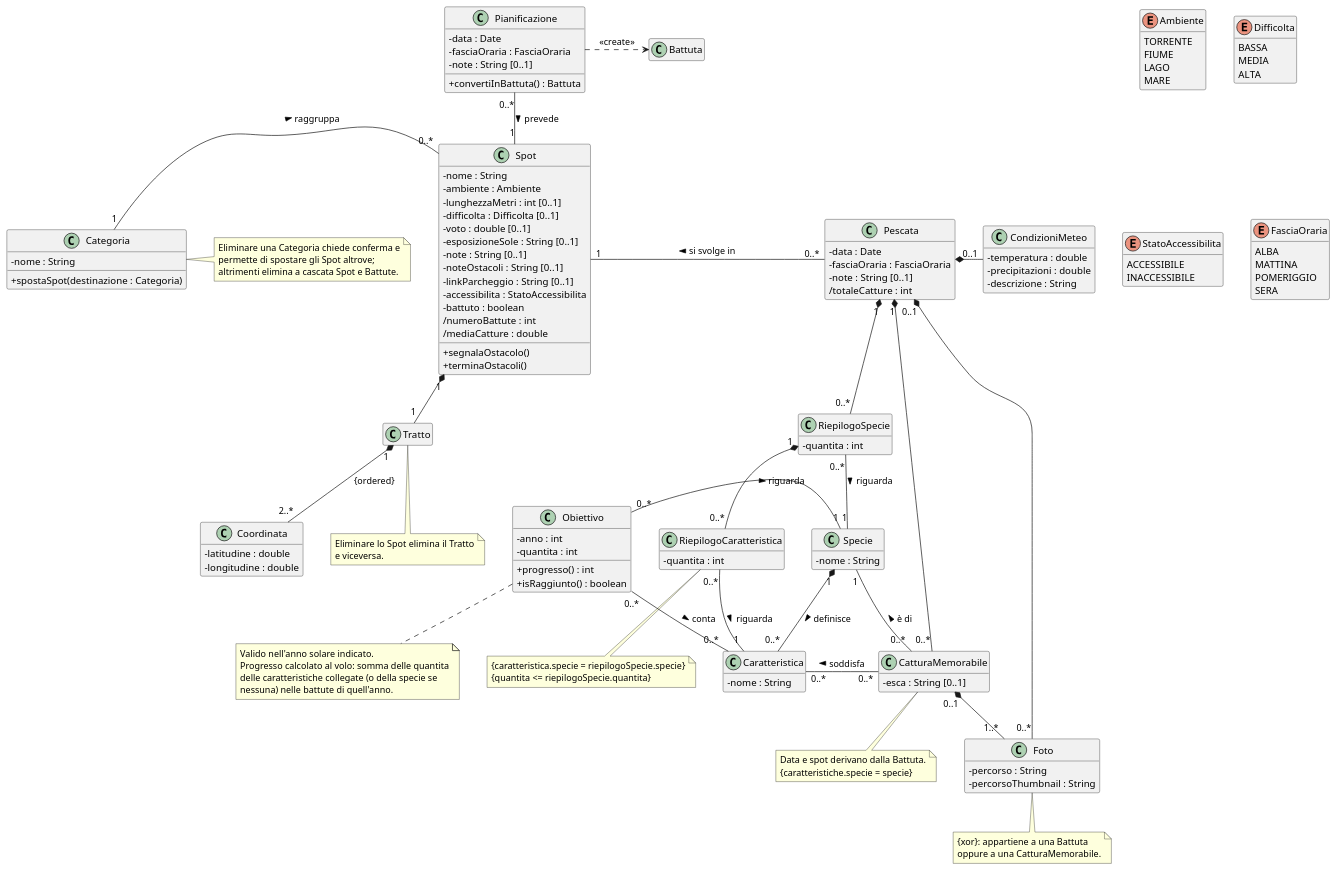
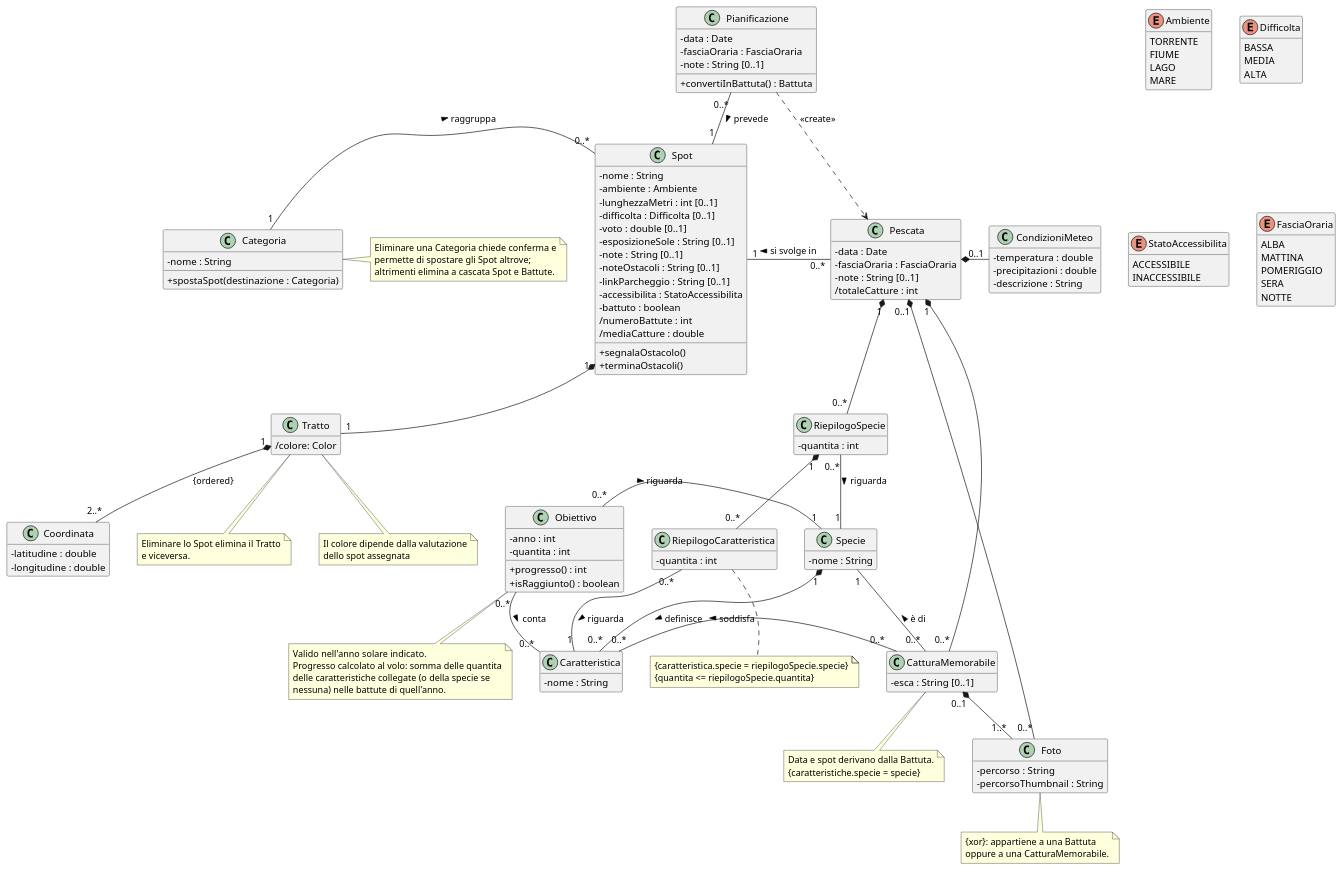
One commit to LocaCele04/LC_Tesi changed the diagram in diagrams/diagramma_classi.puml. Above: the diagram before and after it, drawn with PlantUML. The commit also changed 4 other files, not shown here.

Commit message:
scrittura diagramma classi

```diff
--- a/diagrams/diagramma_classi.puml
+++ b/diagrams/diagramma_classi.puml
@@ -31,6 +31,7 @@
   MATTINA
   POMERIGGIO
   SERA
+  NOTTE
 }
 
 ' =====================================================
@@ -59,7 +60,9 @@
   + terminaOstacoli()
 }
 
-class Tratto
+class Tratto {
+  /colore: Color
+}
 
 class Coordinata {
   - latitudine : double
@@ -155,7 +158,7 @@
 
 ' --- pianificazione e obiettivi ---
 Pianificazione "0..*" -down- "1" Spot : prevede >
-Pianificazione .right.> Battuta : <<create>>
+Pianificazione .right.> Pescata : <<create>>
 
 Obiettivo "0..*" -right- "1" Specie : riguarda >
 Obiettivo "0..*" -down- "0..*" Caratteristica : conta >
@@ -172,6 +175,11 @@
 note bottom of Tratto
   Eliminare lo Spot elimina il Tratto
   e viceversa.
+end note
+
+note bottom of Tratto
+  Il colore dipende dalla valutazione
+  dello spot assegnata
 end note
 
 note bottom of RiepilogoCaratteristica
```
